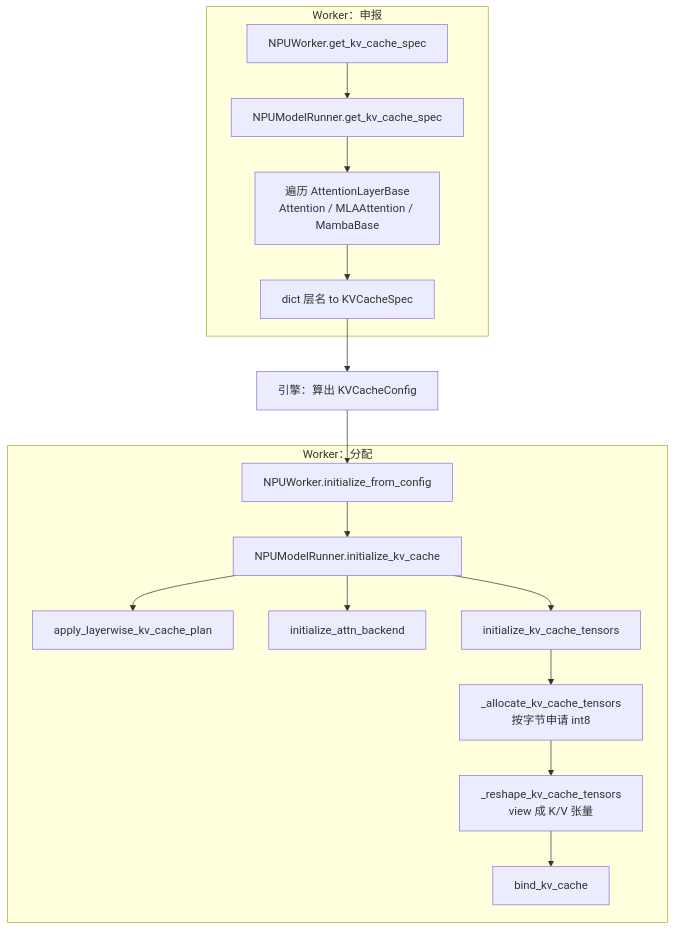
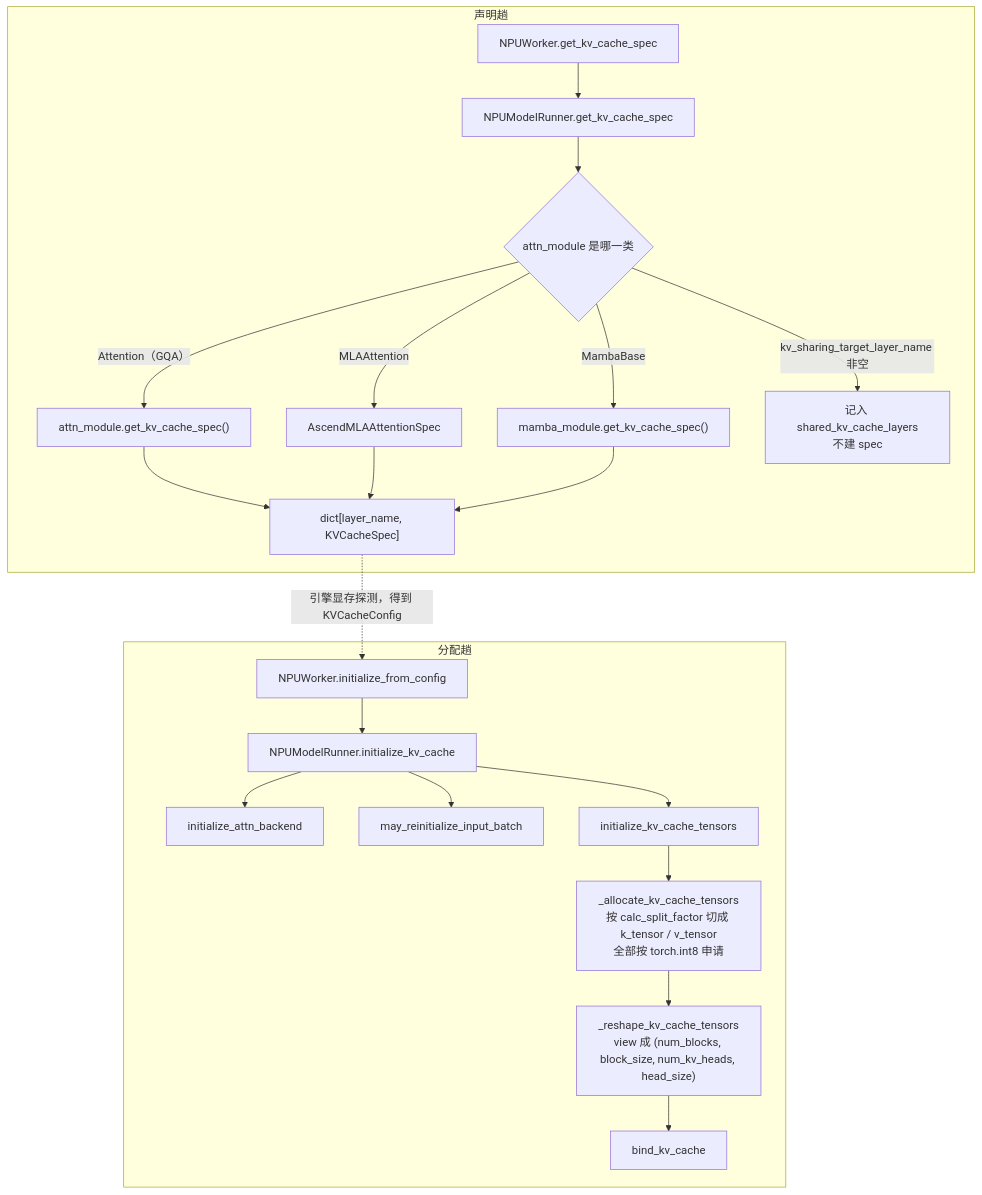
One commit to BailanCaptain/infer-lab changed the diagram in wiki/_drafts/kv-cache-spec.md. Above: the diagram before and after it, drawn with Mermaid. The commit also changed other lines of this file and 21 other files, not shown here.

````diff
--- a/wiki/_drafts/kv-cache-spec.md
+++ b/wiki/_drafts/kv-cache-spec.md
@@ -59,19 +69,24 @@
 ```mermaid
 flowchart TD
-    subgraph Worker1 [Worker：申报]
+    subgraph Declare["声明趟"]
         A[NPUWorker.get_kv_cache_spec] --> B[NPUModelRunner.get_kv_cache_spec]
-        B --> C["遍历 AttentionLayerBase<br/>Attention / MLAAttention / MambaBase"]
-        C --> D["dict 层名 to KVCacheSpec"]
+        B --> C{"attn_module 是哪一类"}
+        C -->|"Attention（GQA）"| D["attn_module.get_kv_cache_spec()"]
+        C -->|MLAAttention| E[AscendMLAAttentionSpec]
+        C -->|MambaBase| F["mamba_module.get_kv_cache_spec()"]
+        C -->|"kv_sharing_target_layer_name 非空"| G["记入 shared_kv_cache_layers<br/>不建 spec"]
+        D --> H["dict[layer_name, KVCacheSpec]"]
+        E --> H
+        F --> H
     end
-    D --> E[引擎：算出 KVCacheConfig]
-    E --> F[NPUWorker.initialize_from_config]
-    subgraph Worker2 [Worker：分配]
-        F --> G[NPUModelRunner.initialize_kv_cache]
-        G --> H[apply_layerwise_kv_cache_plan]
-        G --> I[initialize_attn_backend]
-        G --> J[initialize_kv_cache_tensors]
-        J --> K["_allocate_kv_cache_tensors<br/>按字节申请 int8"]
-        K --> L["_reshape_kv_cache_tensors<br/>view 成 K/V 张量"]
-        L --> M[bind_kv_cache]
+    H -.->|"引擎显存探测，得到 KVCacheConfig"| I
+    subgraph Allocate["分配趟"]
+        I[NPUWorker.initialize_from_config] --> J[NPUModelRunner.initialize_kv_cache]
+        J --> K[initialize_attn_backend]
+        J --> L[may_reinitialize_input_batch]
+        J --> M[initialize_kv_cache_tensors]
+        M --> N["_allocate_kv_cache_tensors<br/>按 calc_split_factor 切成 k_tensor / v_tensor<br/>全部按 torch.int8 申请"]
+        N --> O["_reshape_kv_cache_tensors<br/>view 成 (num_blocks, block_size, num_kv_heads, head_size)"]
+        O --> P[bind_kv_cache]
     end
 ```
````
